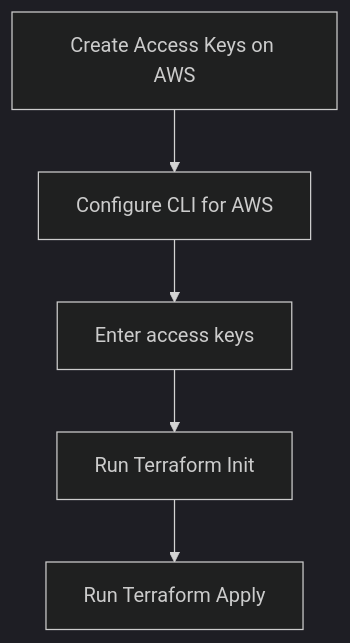
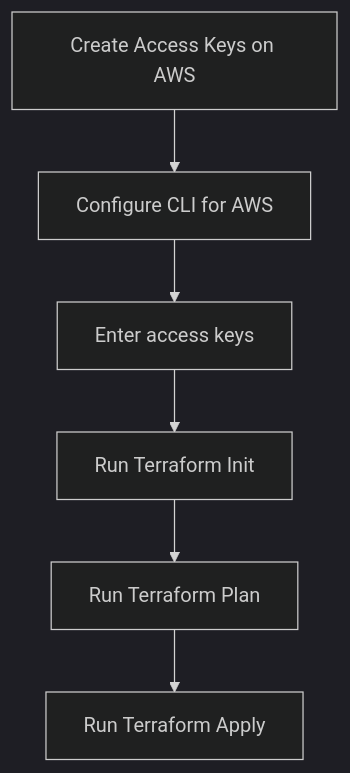
One commit to astudillome/EC2-instance changed the diagram in README.md. Above: the diagram before and after it, drawn with Mermaid (dark theme). The commit also changed other lines of this file, not shown here.

````diff
--- a/README.md
+++ b/README.md
@@ -3,8 +4,9 @@
 ```mermaid
 graph TD;
 A[Create Access Keys on AWS]; 
 A --> B[Configure CLI for AWS];
 B --> C[Enter access keys];
 C --> D[Run Terraform Init];
-D --> E[Run Terraform Apply]
+D --> E[Run Terraform Plan];
+E --> F[Run Terraform Apply];
 ```
````
